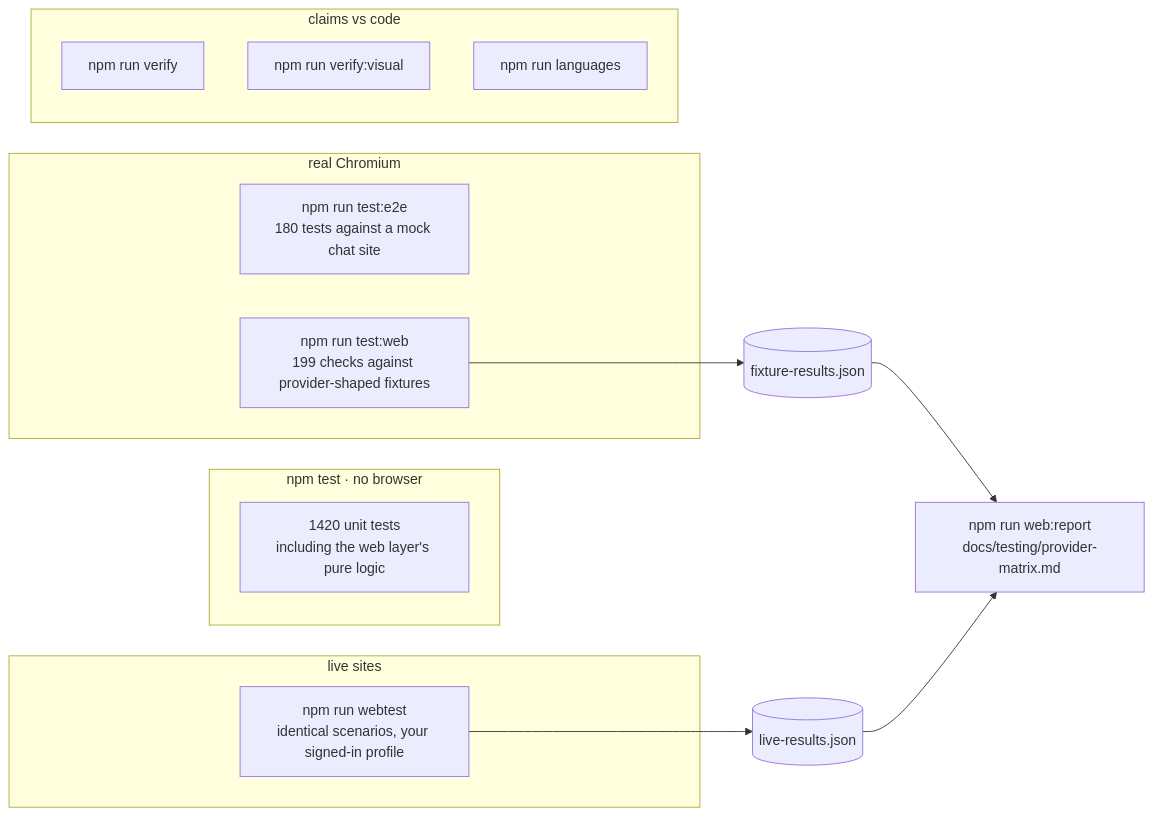
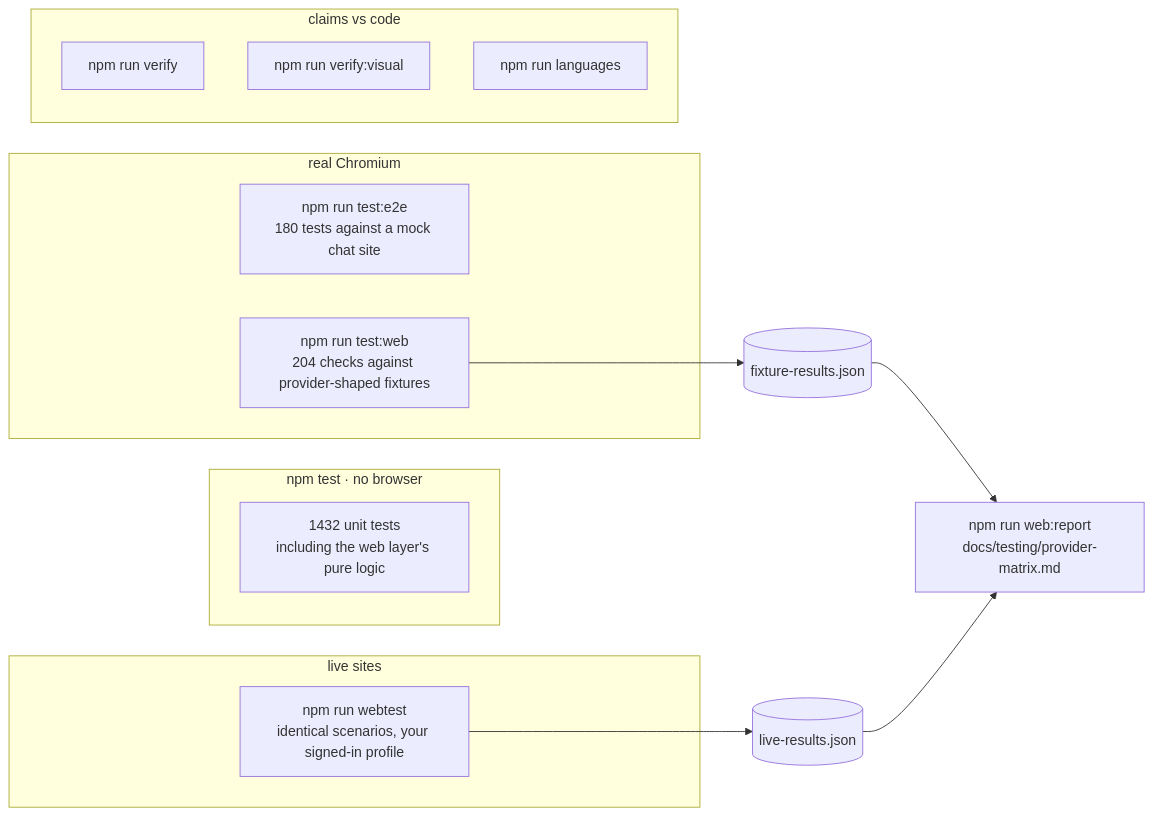
The eighth of 9 diagrams in README.md (siddarth1872004/CloseNI), drawn with Mermaid before and after one commit. The commit also changed other lines of this file and 8 other files, not shown here.

````diff
--- a/README.md
+++ b/README.md
@@ -543,21 +543,21 @@
 ```mermaid
 flowchart LR
     subgraph unit["npm test · no browser"]
-        U1["1420 unit tests<br/>including the web layer's pure logic"]
+        U1["1432 unit tests<br/>including the web layer's pure logic"]
     end
     subgraph browser["real Chromium"]
         E2E["npm run test:e2e<br/>180 tests against a mock chat site"]
-        WEB["npm run test:web<br/>199 checks against provider-shaped fixtures"]
+        WEB["npm run test:web<br/>204 checks against provider-shaped fixtures"]
     end
     subgraph live["live sites"]
         WT["npm run webtest<br/>identical scenarios, your signed-in profile"]
     end
     subgraph meta["claims vs code"]
         VF["npm run verify"]
         VV["npm run verify:visual"]
         LG["npm run languages"]
     end
     WEB --> FR[("fixture-results.json")]
     WT --> LR[("live-results.json")]
     FR & LR --> REP["npm run web:report<br/>docs/testing/provider-matrix.md"]
 ```
````
